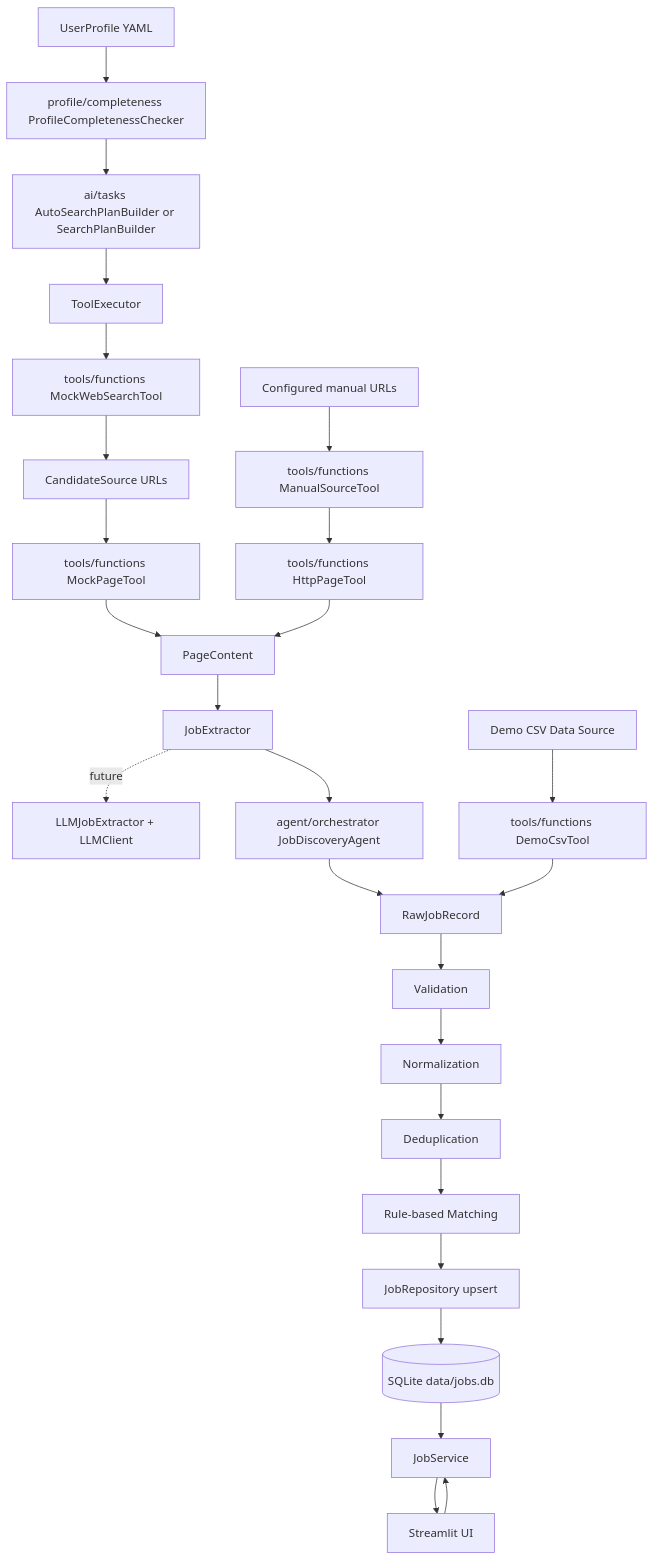
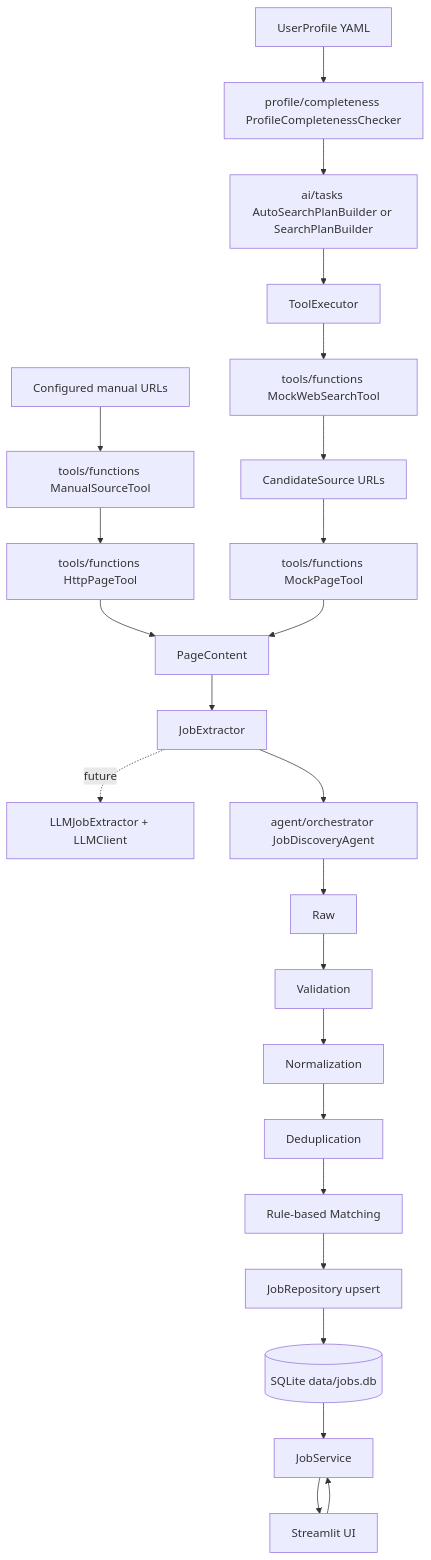
The diagram in docs/architecture.md (fyinran-netizen/job_search_radar), drawn with Mermaid before and after one commit. The commit also changed other lines of this file and 37 other files, not shown here.

````diff
--- a/docs/architecture.md
+++ b/docs/architecture.md
@@ -18,28 +18,26 @@
 ```mermaid
 flowchart TD
     Profile[UserProfile YAML] --> Check[profile/completeness ProfileCompletenessChecker]
     Check --> Plan[ai/tasks AutoSearchPlanBuilder or SearchPlanBuilder]
     Plan --> Executor[ToolExecutor]
     Executor --> Search[tools/functions MockWebSearchTool]
     Search --> Sources[CandidateSource URLs]
     Sources --> PageTool[tools/functions MockPageTool]
     ManualSources[Configured manual URLs] --> ManualTool[tools/functions ManualSourceTool]
     ManualTool --> HttpPageTool[tools/functions HttpPageTool]
     HttpPageTool --> Pages
     PageTool --> Pages[PageContent]
     Pages --> Extract[JobExtractor]
     Extract -. future .-> LLMExtract[LLMJobExtractor + LLMClient]
     Extract --> Agent[agent/orchestrator JobDiscoveryAgent]
-    CSV[Demo CSV Data Source] --> DemoTool[tools/functions DemoCsvTool]
-    DemoTool --> Raw[RawJobRecord]
     Agent --> Raw
     Raw --> Validation[Validation]
     Validation --> Normalization[Normalization]
     Normalization --> Deduplication[Deduplication]
     Deduplication --> Matching[Rule-based Matching]
     Matching --> Repository[JobRepository upsert]
     Repository --> SQLite[(SQLite data/jobs.db)]
     SQLite --> JobService[JobService]
     JobService --> Streamlit[Streamlit UI]
     Streamlit --> JobService
 ```
````
